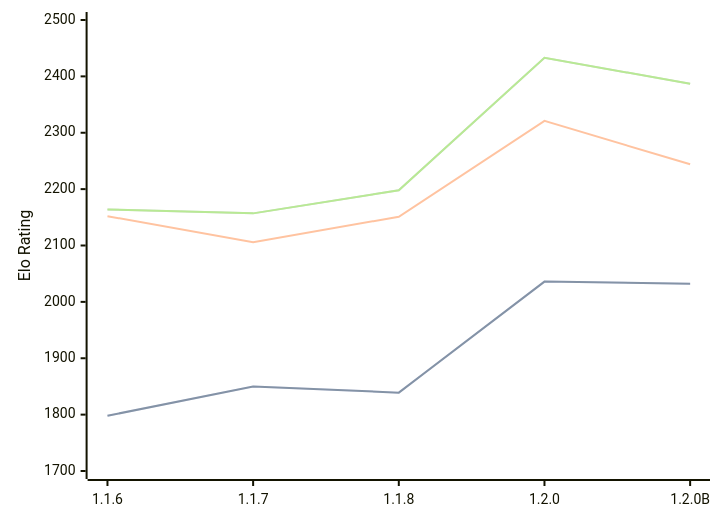
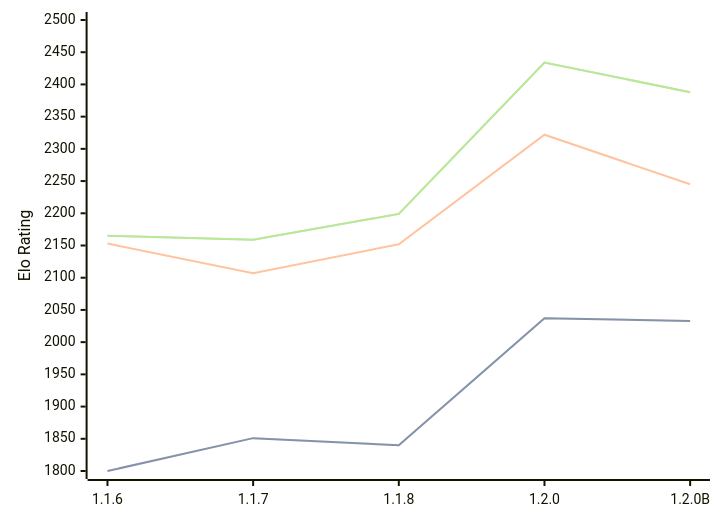
One commit to computer-chess-index/cci changed the diagram in engines/Soomi.md. Above: the diagram before and after it, drawn with Mermaid. The commit also changed other lines of this file, not shown here.

Commit message:
Update CCI Ratings (ELO VLTC) - 2026-10-09

````diff
--- a/engines/Soomi.md
+++ b/engines/Soomi.md
@@ -35,11 +35,11 @@
 ```mermaid
 %%{init: {"theme":"base","themeVariables":{"seriesColors:['#a3a3a3','#222221','#faa371']}}}%%
 xychart-beta
   x-axis ["1.1.6", "1.1.7", "1.1.8", "1.2.0", "1.2.0B"]
-  y-axis "Elo Rating" 1700 --> 2500
-  line "" [1798, 1850, 1839, 2036, 2032]
-  line "STC (8.0+0.08s)" [1798, 1850, 1839, 2036, 2032]
-  line "LTC (60.0+0.60s)" [2152, 2106, 2151, 2321, 2244]
-  line "" [2164, 2157, 2198, 2433, 2387]
-  line "VLTC (2m24s+1.12s)" [2164, 2157, 2198, 2433, 2387]
+  y-axis "Elo Rating" 1800 --> 2500
+  line "" [1800, 1851, 1840, 2037, 2033]
+  line "STC (8.0+0.08s)" [1800, 1851, 1840, 2037, 2033]
+  line "LTC (60.0+0.60s)" [2153, 2107, 2152, 2322, 2245]
+  line "" [2165, 2159, 2199, 2434, 2388]
+  line "VLTC (2m24s+1.12s)" [2165, 2159, 2199, 2434, 2388]
 ```
````
